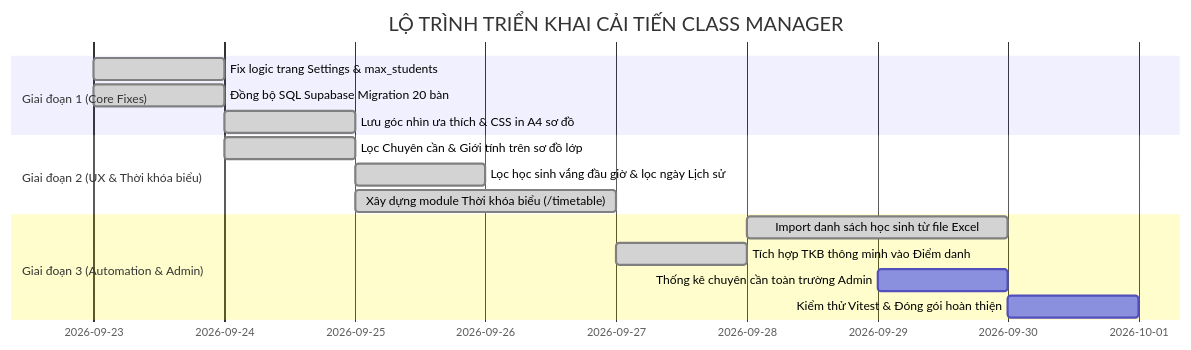
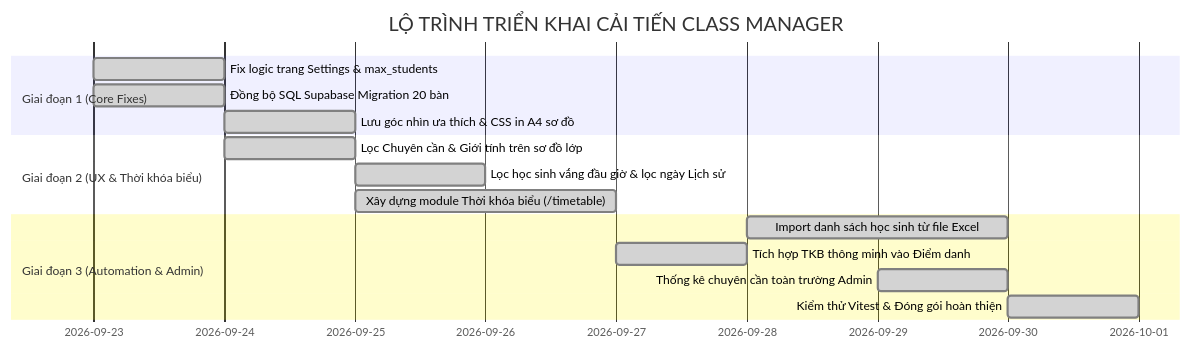
Before and after one commit to tranhohoangvu/class-manager: the diagram in classmanager_plan.md, drawn with Mermaid. The commit also changed other lines of this file and 5 other files, not shown here.

````diff
--- a/classmanager_plan.md
+++ b/classmanager_plan.md
@@ -219,18 +223,18 @@
 ```mermaid
 gantt
     title LỘ TRÌNH TRIỂN KHAI CẢI TIẾN CLASS MANAGER
     dateFormat  YYYY-MM-DD
     section Giai đoạn 1 (Core Fixes)
     Fix logic trang Settings & max_students       :done, a1, 2026-09-23, 1d
     Đồng bộ SQL Supabase Migration 20 bàn         :done, a2, 2026-09-23, 1d
     Lưu góc nhìn ưa thích & CSS in A4 sơ đồ      :done, a3, 2026-09-24, 1d
     section Giai đoạn 2 (UX & Thời khóa biểu)
     Lọc Chuyên cần & Giới tính trên sơ đồ lớp     :done, b1, 2026-09-24, 1d
     Lọc học sinh vắng đầu giờ & lọc ngày Lịch sử  :done, b2, 2026-09-25, 1d
     Xây dựng module Thời khóa biểu (/timetable)   :done, b3, 2026-09-25, 2d
     section Giai đoạn 3 (Automation & Admin)
     Import danh sách học sinh từ file Excel       :done, c2, 2026-09-28, 2d
     Tích hợp TKB thông minh vào Điểm danh         :done, c1, 2026-09-27, 1d
-    Thống kê chuyên cần toàn trường Admin         :c3, 2026-09-29, 1d
-    Kiểm thử Vitest & Đóng gói hoàn thiện         :c4, 2026-09-30, 1d
+    Thống kê chuyên cần toàn trường Admin         :done, c3, 2026-09-29, 1d
+    Kiểm thử Vitest & Đóng gói hoàn thiện         :done, c4, 2026-09-30, 1d
 ```
````
